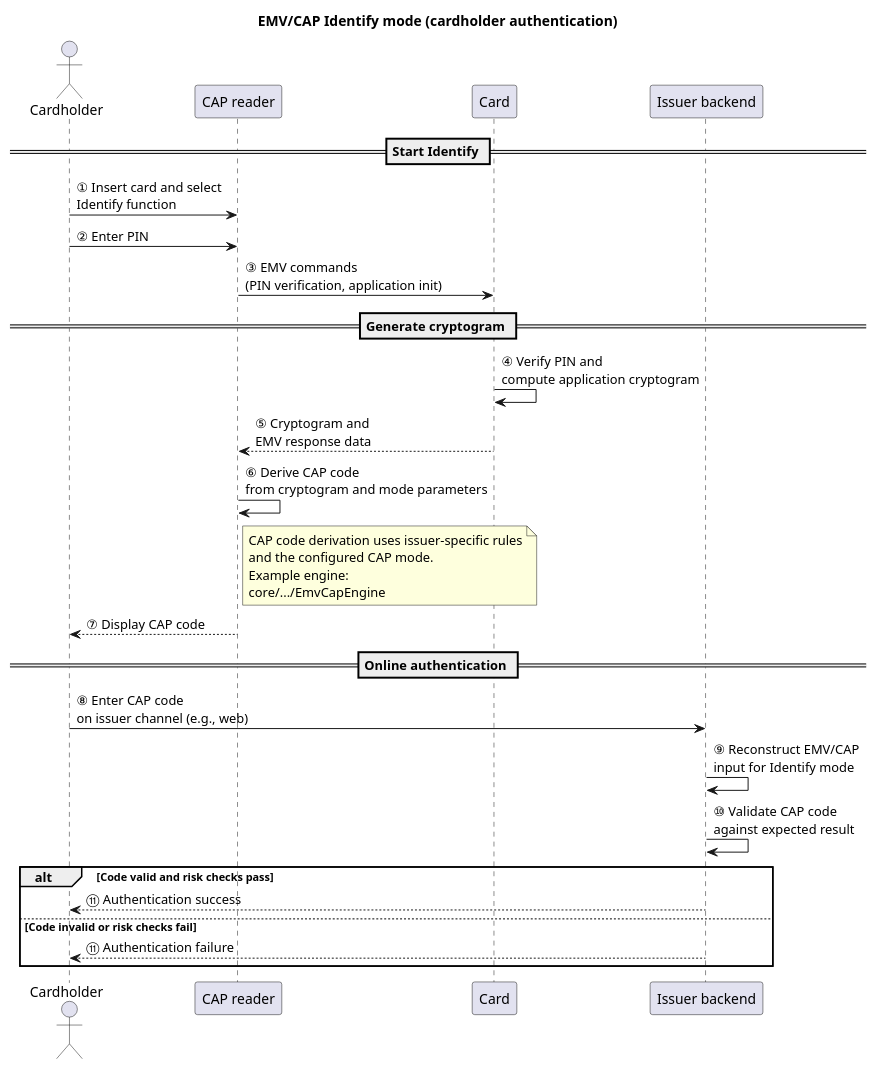
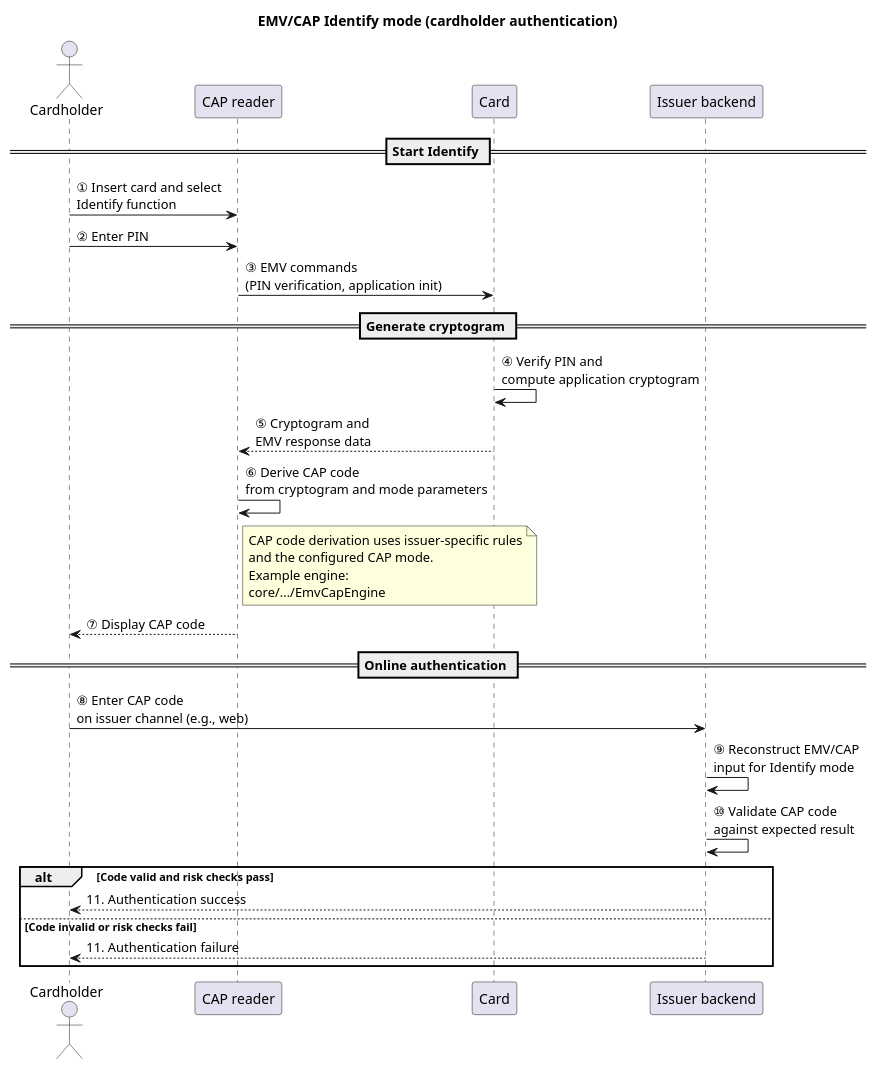
The diagram in docs/3-reference/protocols/diagrams/emv-cap-identify.puml (ivanstambuk/openauth-sim), drawn with PlantUML before and after one commit. The commit also changed 23 other files, not shown here.

```diff
--- a/docs/3-reference/protocols/diagrams/emv-cap-identify.puml
+++ b/docs/3-reference/protocols/diagrams/emv-cap-identify.puml
@@ -1,42 +1,42 @@
 @startuml
 title EMV/CAP Identify mode (cardholder authentication)
 
 actor "Cardholder" as User
 participant "CAP reader" as Reader
 participant "Card" as Card
 participant "Issuer backend" as Issuer
 
 == Start Identify ==
 
 User -> Reader: ① Insert card and select\nIdentify function
 User -> Reader: ② Enter PIN
 Reader -> Card: ③ EMV commands\n(PIN verification, application init)
 
 == Generate cryptogram ==
 
 Card -> Card: ④ Verify PIN and\ncompute application cryptogram
 Card --> Reader: ⑤ Cryptogram and\nEMV response data
 
 Reader -> Reader: ⑥ Derive CAP code\nfrom cryptogram and mode parameters
 note right of Reader
   CAP code derivation uses issuer-specific rules
   and the configured CAP mode.
   Example engine:
   core/.../EmvCapEngine
 end note
 
 Reader --> User: ⑦ Display CAP code
 
 == Online authentication ==
 
 User -> Issuer: ⑧ Enter CAP code\non issuer channel (e.g., web)
 Issuer -> Issuer: ⑨ Reconstruct EMV/CAP\ninput for Identify mode
 Issuer -> Issuer: ⑩ Validate CAP code\nagainst expected result
 
 alt Code valid and risk checks pass
-  Issuer --> User: ⑪ Authentication success
+  Issuer --> User: 11. Authentication success
 else Code invalid or risk checks fail
-  Issuer --> User: ⑪ Authentication failure
+  Issuer --> User: 11. Authentication failure
 end alt
 
 @enduml
```
